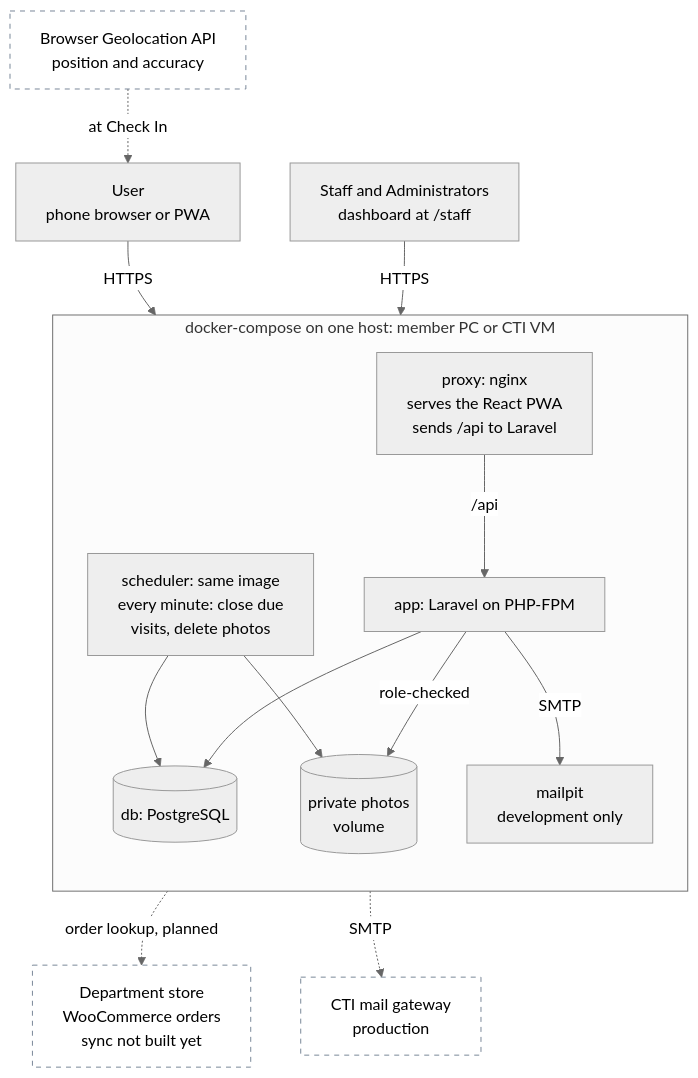
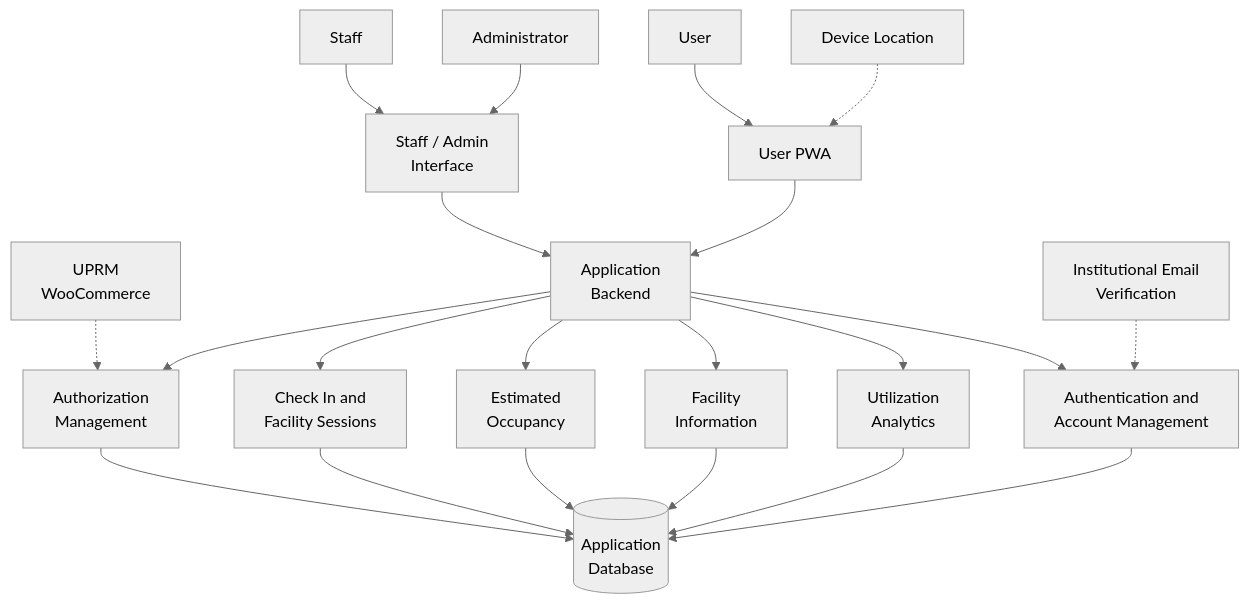
Before and after one commit to Th3-Minorities/natatorio-gym-app: the diagram in docs/progress_report/diagrams/01_architecture.mmd, drawn with Mermaid (neutral theme). The commit also changed 11 other files, not shown here.

Commit message:
Return the design diagrams to the proposal's versions with only design changes applied: one number field, waiver and contact, academic terms, 2-hour sessions and separate staff accounts

```diff
--- a/docs/progress_report/diagrams/01_architecture.mmd
+++ b/docs/progress_report/diagrams/01_architecture.mmd
@@ -1,33 +1,23 @@
+%% 01_architecture.png is the proposal's original figure, kept unchanged because the design it shows did not change.
+%% This source mirrors that figure for future edits; render it only if the design changes.
 flowchart TB
-  GEO["Browser Geolocation API<br/>position and accuracy"]
-  U["User<br/>phone browser or PWA"]
-  S["Staff and Administrators<br/>dashboard at /staff"]
-
-  subgraph HOST["docker-compose on one host: member PC or CTI VM"]
-    direction TB
-    PX["proxy: nginx<br/>serves the React PWA<br/>sends /api to Laravel"]
-    APP["app: Laravel on PHP-FPM"]
-    SCH["scheduler: same image<br/>every minute: close due<br/>visits, delete photos"]
-    DB[("db: PostgreSQL")]
-    PV[("private photos<br/>volume")]
-    MP["mailpit<br/>development only"]
-  end
-
-  WOO["Department store<br/>WooCommerce orders<br/>sync not built yet"]
-  GW["CTI mail gateway<br/>production"]
-
-  GEO -.->|"at Check In"| U
-  U -->|HTTPS| PX
-  S -->|HTTPS| PX
-  PX -->|"/api"| APP
-  APP --> DB
-  SCH --> DB
-  APP -->|"role-checked"| PV
-  SCH --> PV
-  APP -->|SMTP| MP
-  APP -.->|"order lookup, planned"| WOO
-  APP -.->|SMTP| GW
-  MP ~~~ GW
-
-  classDef ext fill:#FFFFFF,stroke:#7A8899,stroke-dasharray:5 5
-  class GEO,GW,WOO ext
+  ST["Staff"] --> SI["Staff / Admin<br/>Interface"]
+  AD["Administrator"] --> SI
+  U["User"] --> PWA["User PWA"]
+  LOC["Device Location"] -.-> PWA
+  SI --> BE["Application<br/>Backend"]
+  PWA --> BE
+  WOO["UPRM<br/>WooCommerce"] -.-> AM
+  BE --> AM["Authorization<br/>Management"]
+  BE --> CI["Check In and<br/>Facility Sessions"]
+  BE --> OC["Estimated<br/>Occupancy"]
+  BE --> FI["Facility<br/>Information"]
+  BE --> UA["Utilization<br/>Analytics"]
+  BE --> AUTH["Authentication and<br/>Account Management"]
+  EM["Institutional Email<br/>Verification"] -.-> AUTH
+  AM --> DB[("Application<br/>Database")]
+  CI --> DB
+  OC --> DB
+  FI --> DB
+  UA --> DB
+  AUTH --> DB
```
